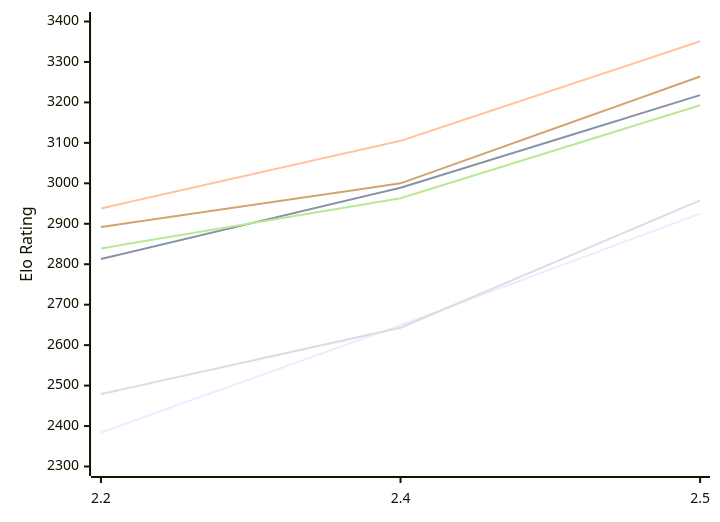
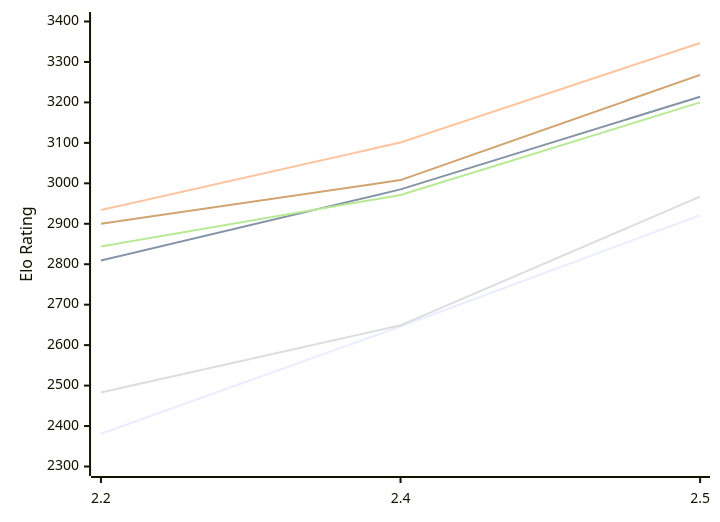
One commit to computer-chess-index/cci changed the first of 2 diagrams in engines/Sloth.md. Above: the diagram before and after it, drawn with Mermaid. The commit also changed other lines of this file, not shown here.

Commit message:
Update CCI Ratings (ELO VLTC) - 2026-11-21

````diff
--- a/engines/Sloth.md
+++ b/engines/Sloth.md
@@ -52,12 +52,12 @@
 ```mermaid
 %%{init: {"theme":"base","themeVariables":{"seriesColors:['#a3a3a3','#222221','#faa371']}}}%%
 xychart-beta
   x-axis ["2.2", "2.4", "2.5"]
   y-axis "Elo Rating" 2300 --> 3400
-  line "E1: STC (8.0+0.08s)" [2384, 2649, 2925]
-  line "E1: LTC (60.0+0.60s)" [2813, 2989, 3218]
-  line "E1: VLTC (2m24s+1.12s)" [2938, 3105, 3351]
-  line "P1: STC (8.0+0.08s)" [2479, 2643, 2958]
-  line "P1: LTC (60.0+0.60s)" [2839, 2963, 3193]
-  line "P1: VLTC (2m24s+1.12s)" [2892, 3000, 3264]
+  line "E1: STC (8.0+0.08s)" [2381, 2646, 2921]
+  line "E1: LTC (60.0+0.60s)" [2809, 2985, 3214]
+  line "E1: VLTC (2m24s+1.12s)" [2934, 3101, 3347]
+  line "P1: STC (8.0+0.08s)" [2483, 2649, 2967]
+  line "P1: LTC (60.0+0.60s)" [2844, 2971, 3200]
+  line "P1: VLTC (2m24s+1.12s)" [2900, 3008, 3268]
 ```
````
